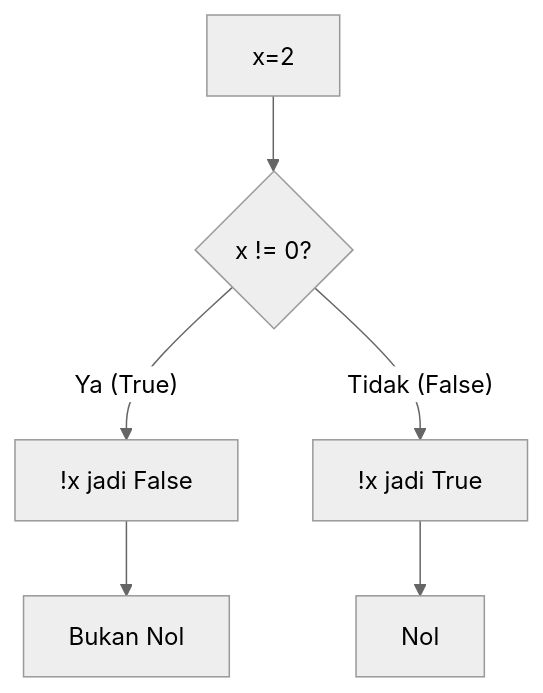
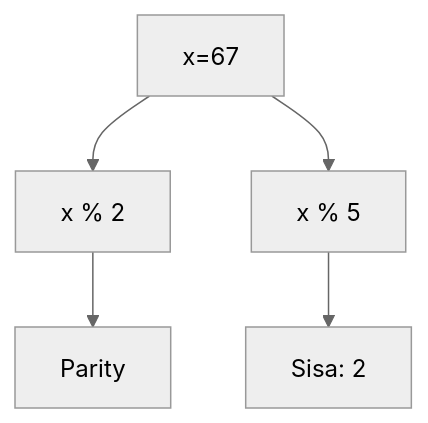
Diagram 13 of 25 in part-c-pemahaman-cpp/02-percabangan/latihan/set-04.md (amnahwaida/OSNK_INF_PREP), drawn with Mermaid (neutral theme) before and after one commit. The commit also changed other lines of this file and 71 other files, not shown here.

````diff
--- a/part-c-pemahaman-cpp/02-percabangan/latihan/set-04.md
+++ b/part-c-pemahaman-cpp/02-percabangan/latihan/set-04.md
@@ -368,8 +387,7 @@
 ```mermaid
 graph TD
-    A[x=2] --> B{x != 0?}
-    B -- Ya (True) --> C["!x jadi False"]
-    B -- Tidak (False) --> D["!x jadi True"]
-    C --> E[Bukan Nol]
-    D --> F[Nol]
+A[x=67] --> B[x % 2]
+B --> C[Parity]
+A --> D[x % 5]
+D --> E[Sisa: 2]
 ```
````
